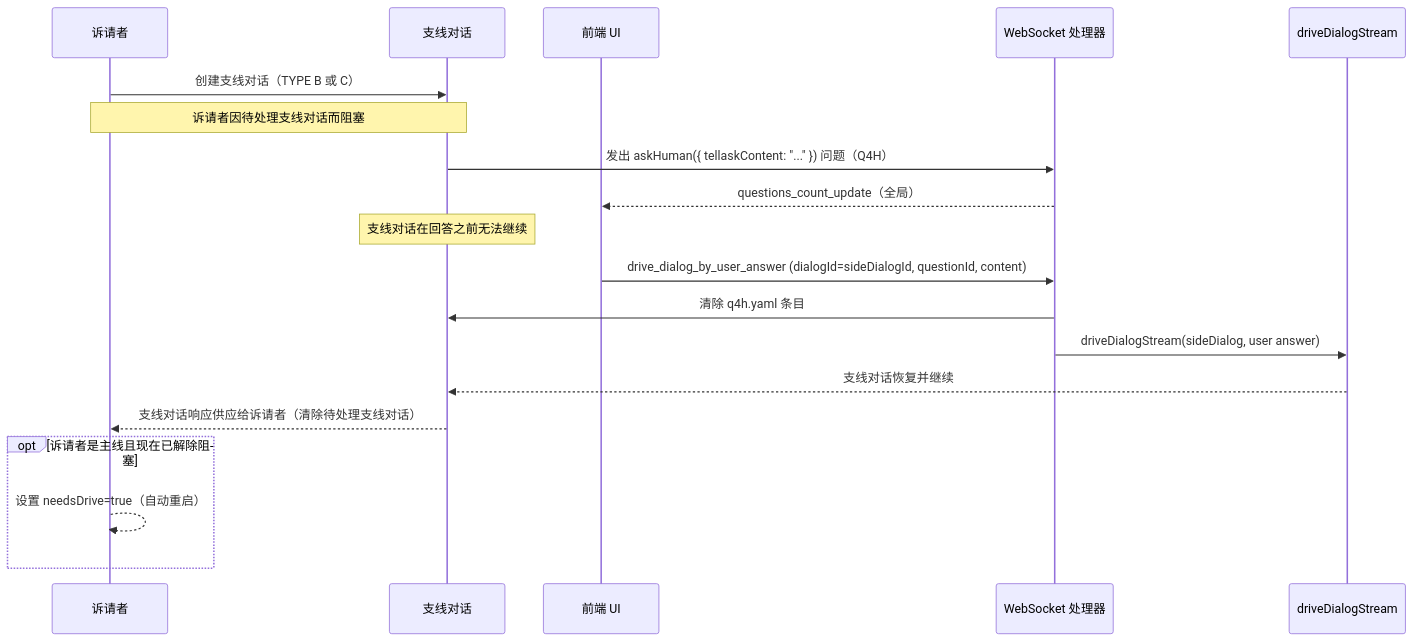
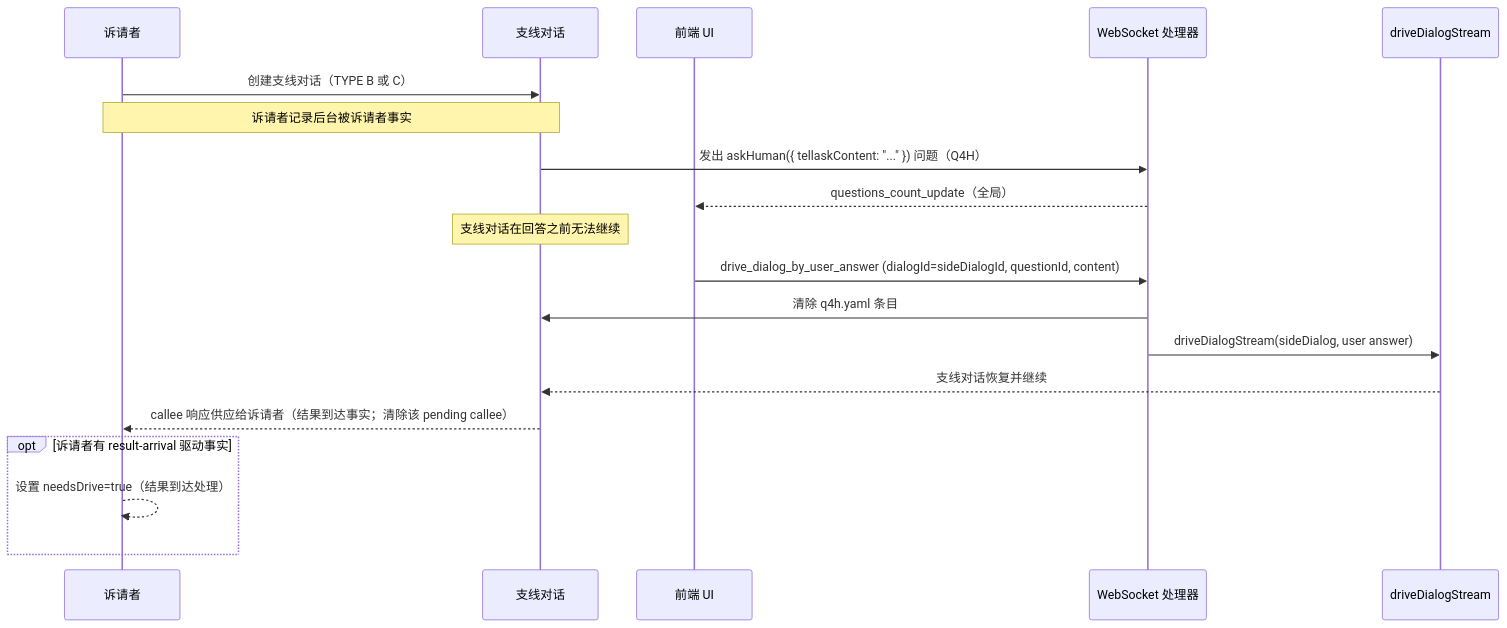
One commit to longrun-ai/dominds changed diagram 15 of 19 in docs/dialog-system.zh.md. Above: the diagram before and after it, drawn with Mermaid. The commit also changed other lines of this file and 54 other files, not shown here.

````diff
--- a/docs/dialog-system.zh.md
+++ b/docs/dialog-system.zh.md
@@ -1342,25 +1339,25 @@
 ```mermaid
 sequenceDiagram
   participant Asker as 诉请者
   participant Side as 支线对话
   participant UI as 前端 UI
   participant WS as WebSocket 处理器
   participant Driver as driveDialogStream
 
   Asker->>Side: 创建支线对话（TYPE B 或 C）
-  Note over Asker,Side: 诉请者因待处理支线对话而阻塞
+  Note over Asker,Side: 诉请者记录后台被诉请者事实
   Side->>WS: 发出 askHuman({ tellaskContent: "..." }) 问题（Q4H）
   WS-->>UI: questions_count_update（全局）
 
   Note over Side: 支线对话在回答之前无法继续
 
   UI->>WS: drive_dialog_by_user_answer (dialogId=sideDialogId, questionId, content)
   WS->>Side: 清除 q4h.yaml 条目
   WS->>Driver: driveDialogStream(sideDialog, user answer)
   Driver-->>Side: 支线对话恢复并继续
-  Side-->>Asker: 支线对话响应供应给诉请者（清除待处理支线对话）
+  Side-->>Asker: callee 响应供应给诉请者（结果到达事实；清除该 pending callee）
 
-  opt 诉请者是主线且现在已解除阻塞
-    Asker-->>Asker: 设置 needsDrive=true（自动重启）
+  opt 诉请者有 result-arrival 驱动事实
+    Asker-->>Asker: 设置 needsDrive=true（结果到达处理）
   end
 ```
````
